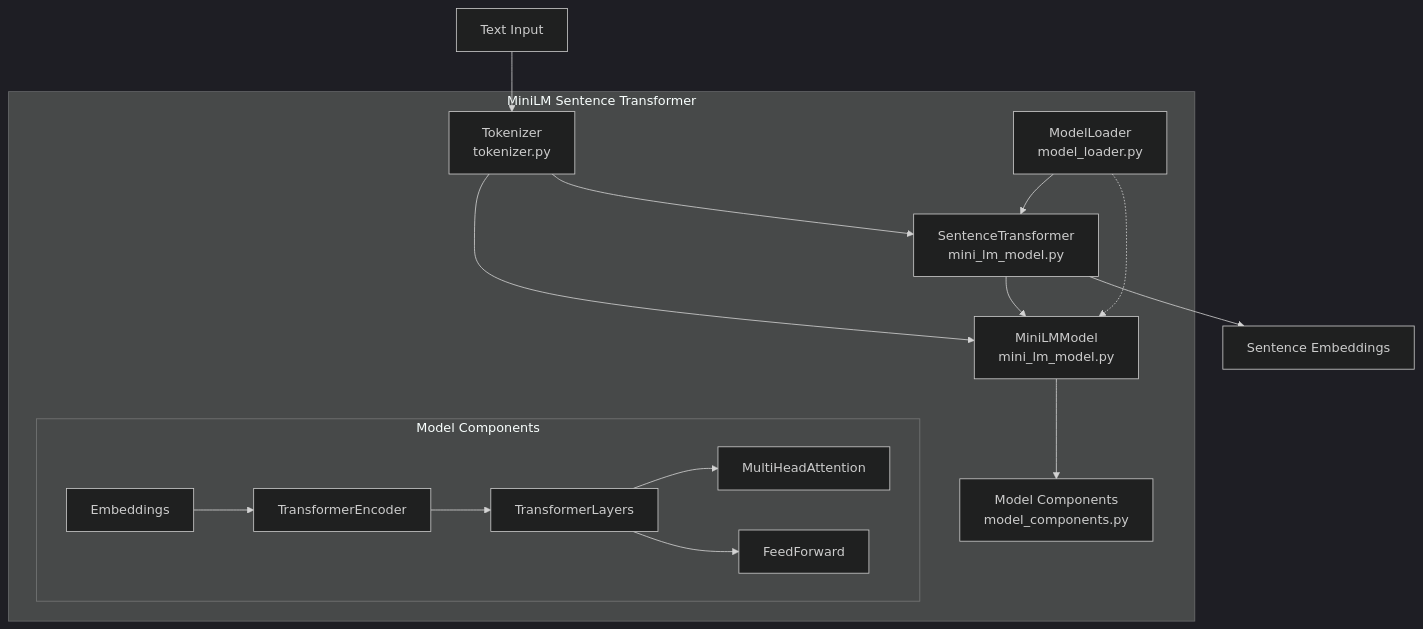
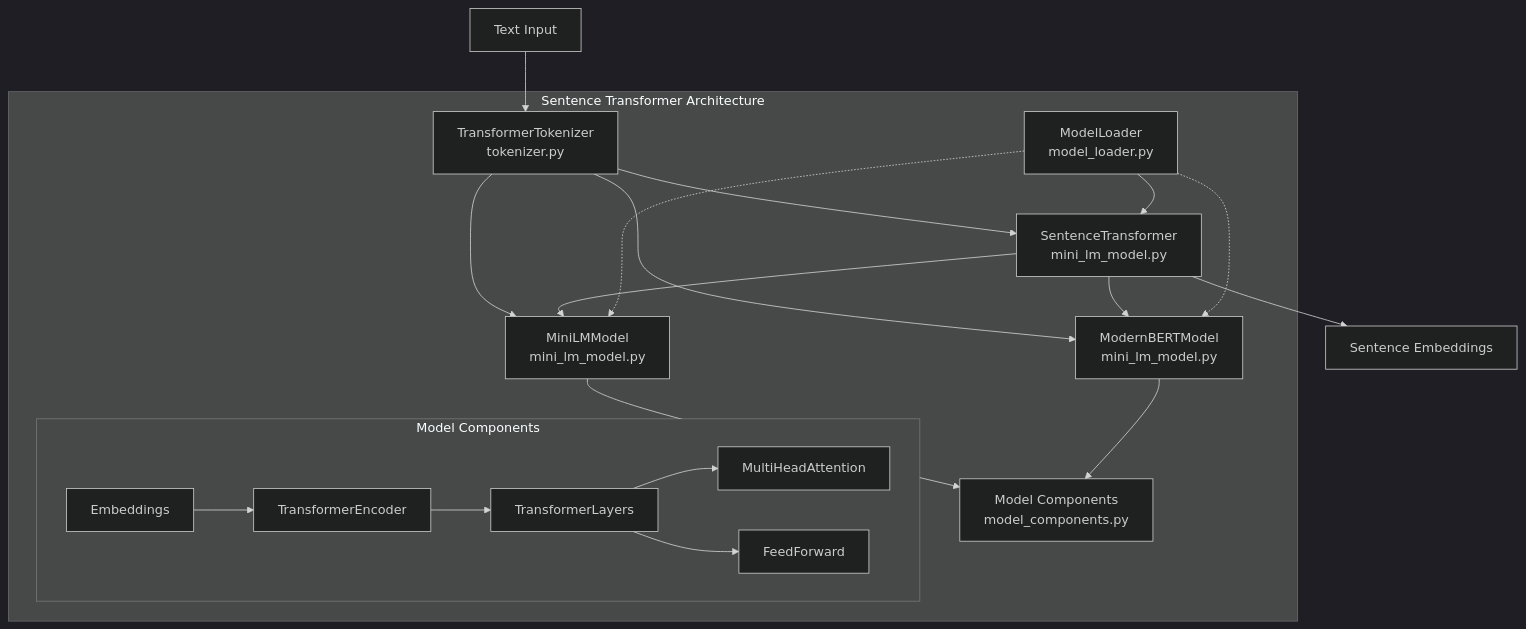
One commit to tmnestor/myLLM_scratch changed the diagram in README.md. Above: the diagram before and after it, drawn with Mermaid (dark theme). The commit also changed other lines of this file and 4 other files, not shown here.

First line of the commit message:
Refactor tokenizer and usage example to support multiple model types

````diff
--- a/README.md
+++ b/README.md
@@ -31,21 +36,25 @@
 ```mermaid
 graph TD
-    subgraph "MiniLM Sentence Transformer"
-        A[Tokenizer<br>tokenizer.py] --> B[SentenceTransformer<br>mini_lm_model.py]
+    subgraph "Sentence Transformer Architecture"
+        A[TransformerTokenizer<br>tokenizer.py] --> B[SentenceTransformer<br>mini_lm_model.py]
         C[ModelLoader<br>model_loader.py] --> B
-        A --> D[MiniLMModel<br>mini_lm_model.py]
-        B --> D
-        C -.-> D
-        D --> E[Model Components<br>model_components.py]
+        A --> D1[MiniLMModel<br>mini_lm_model.py]
+        A --> D2[ModernBERTModel<br>mini_lm_model.py]
+        B --> D1
+        B --> D2
+        C -.-> D1
+        C -.-> D2
+        D1 --> E[Model Components<br>model_components.py]
+        D2 --> E
         
         subgraph "Model Components"
             E1[Embeddings] --> E2[TransformerEncoder]
             E2 --> E3[TransformerLayers]
             E3 --> E4[MultiHeadAttention]
             E3 --> E5[FeedForward]
         end
     end
     
     User[Text Input] --> A
     B --> Embeddings[Sentence Embeddings]
 ```
````
